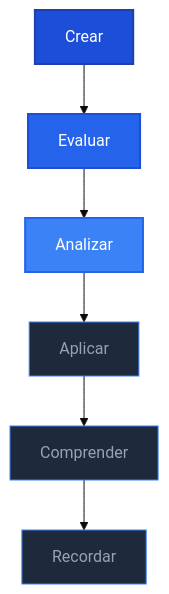
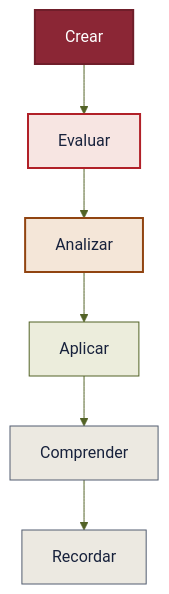
The diagram in content/recursos/glosario/taxonomia-de-bloom/index.md (arqueon/aprendizaje-ia), drawn with Mermaid before and after one commit. The commit also changed 28 other files, not shown here.

```diff
--- a/content/recursos/glosario/taxonomia-de-bloom/index.md
+++ b/content/recursos/glosario/taxonomia-de-bloom/index.md
@@ -14,16 +14,16 @@
 {{< mermaid >}}
-%%{init: {'theme': 'base', 'themeVariables': { 'primaryColor': '#3b82f6', 'edgeLabelBackground':'#1e293b', 'tertiaryColor': '#1e293b'}}}%%
+%%{init: {'theme': 'base', 'themeVariables': { 'primaryColor': '#f7e5e2', 'primaryTextColor': '#18223c', 'primaryBorderColor': '#b12028', 'lineColor': '#536326', 'edgeLabelBackground':'#f5f3ee', 'tertiaryColor': '#eceddc', 'tertiaryTextColor': '#18223c'}}}%%
 flowchart TD
     C[Crear] --> E[Evaluar]
     E --> A[Analizar]
     A --> Ap[Aplicar]
     Ap --> Co[Comprender]
     Co --> R[Recordar]
     
-    style R fill:#1e293b,stroke:#3b82f6,color:#94a3b8
-    style Co fill:#1e293b,stroke:#3b82f6,color:#94a3b8
-    style Ap fill:#1e293b,stroke:#3b82f6,color:#94a3b8
-    style A fill:#3b82f6,stroke:#2563eb,color:#ffffff,stroke-width:2px
-    style E fill:#2563eb,stroke:#1d4ed8,color:#ffffff,stroke-width:2px
-    style C fill:#1d4ed8,stroke:#1e40af,color:#ffffff,stroke-width:2px
+    style R fill:#ece9e1,stroke:#525d70,color:#18223c
+    style Co fill:#ece9e1,stroke:#525d70,color:#18223c
+    style Ap fill:#eceddc,stroke:#536326,color:#18223c
+    style A fill:#f4e6d8,stroke:#914411,color:#18223c,stroke-width:2px
+    style E fill:#f7e5e2,stroke:#b12028,color:#18223c,stroke-width:2px
+    style C fill:#8b2635,stroke:#6f1e2a,color:#ffffff,stroke-width:2px
 {{< /mermaid >}}
```
